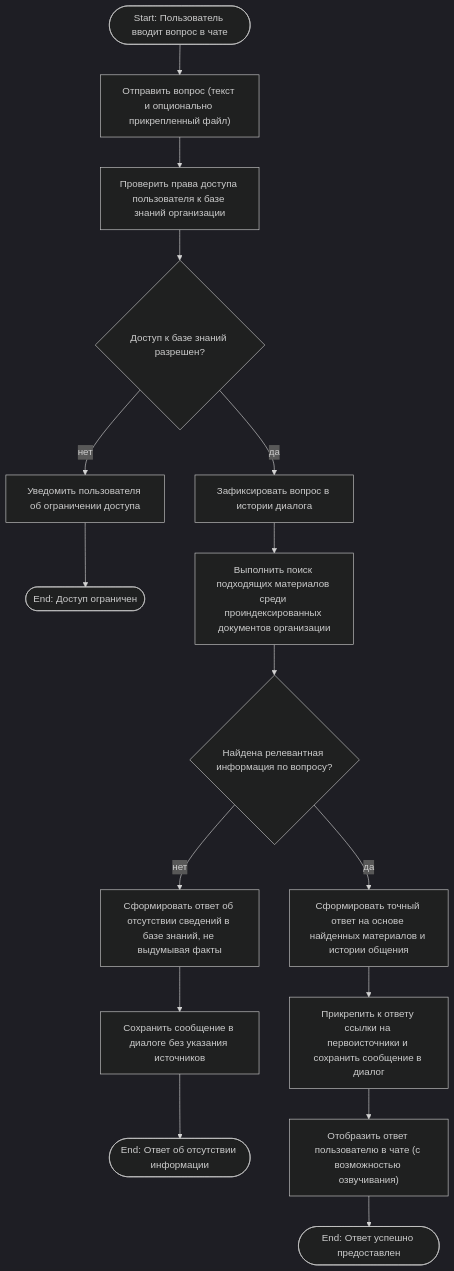
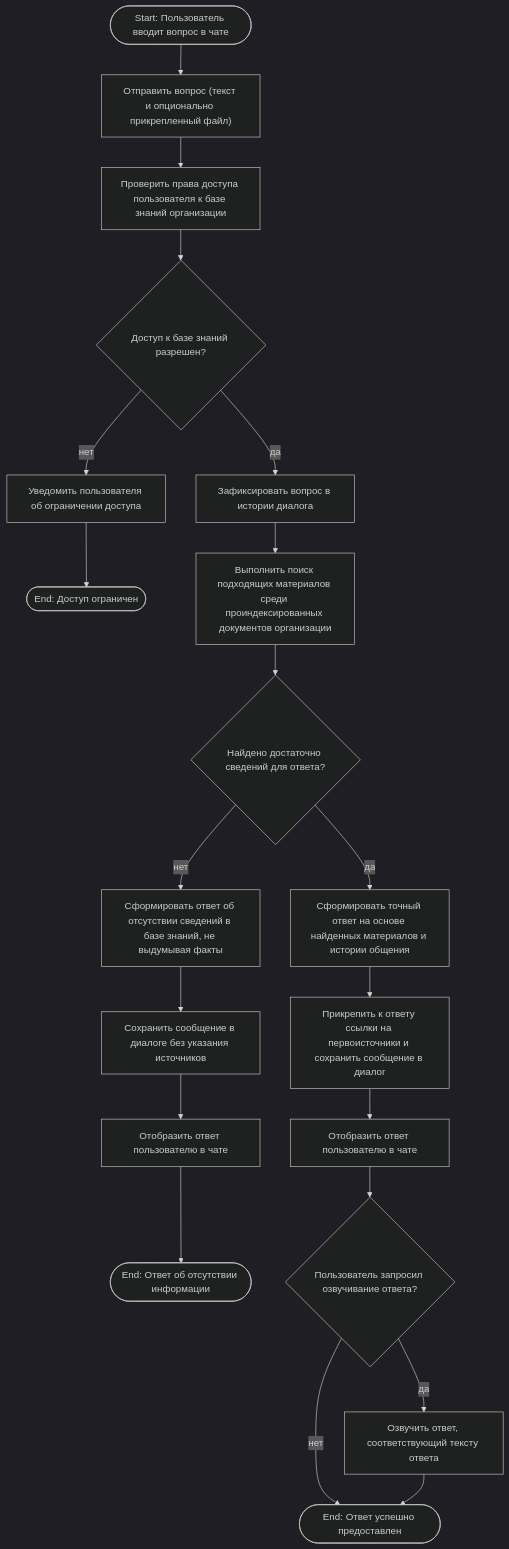
Before and after one commit to adsfryt/AI-chat-knowledge-bot: the first of 3 diagrams in 1-task/3/README.md, drawn with Mermaid (dark theme). The commit also changed other lines of this file, not shown here.

First line of the commit message:
Task 3 review: remove implementation details, fix logic gaps in activity diagrams

````diff
--- a/1-task/3/README.md
+++ b/1-task/3/README.md
@@ -24,18 +36,22 @@
 ```mermaid
 flowchart TD
     S(["Start: Пользователь вводит вопрос в чате"]) --> A1["Отправить вопрос (текст и опционально прикрепленный файл)"]
     A1 --> B1["Проверить права доступа пользователя к базе знаний организации"]
     B1 --> D1{"Доступ к базе знаний разрешен?"}
     D1 -->|нет| E_NO_AUTH["Уведомить пользователя об ограничении доступа"]
     E_NO_AUTH --> E1(["End: Доступ ограничен"])
     D1 -->|да| B2["Зафиксировать вопрос в истории диалога"]
     B2 --> R1["Выполнить поиск подходящих материалов среди проиндексированных документов организации"]
-    R1 --> D2{"Найдена релевантная информация по вопросу?"}
+    R1 --> D2{"Найдено достаточно сведений для ответа?"}
     D2 -->|нет| B3["Сформировать ответ об отсутствии сведений в базе знаний, не выдумывая факты"]
     B3 --> B4["Сохранить сообщение в диалоге без указания источников"]
-    B4 --> E2(["End: Ответ об отсутствии информации"])
+    B4 --> A2N["Отобразить ответ пользователю в чате"]
+    A2N --> E2(["End: Ответ об отсутствии информации"])
     D2 -->|да| B5["Сформировать точный ответ на основе найденных материалов и истории общения"]
     B5 --> B6["Прикрепить к ответу ссылки на первоисточники и сохранить сообщение в диалог"]
-    B6 --> A2["Отобразить ответ пользователю в чате (с возможностью озвучивания)"]
-    A2 --> E3(["End: Ответ успешно предоставлен"])
+    B6 --> A2["Отобразить ответ пользователю в чате"]
+    A2 --> D3{"Пользователь запросил озвучивание ответа?"}
+    D3 -->|нет| E3(["End: Ответ успешно предоставлен"])
+    D3 -->|да| A3["Озвучить ответ, соответствующий тексту ответа"]
+    A3 --> E3
 ```
````
